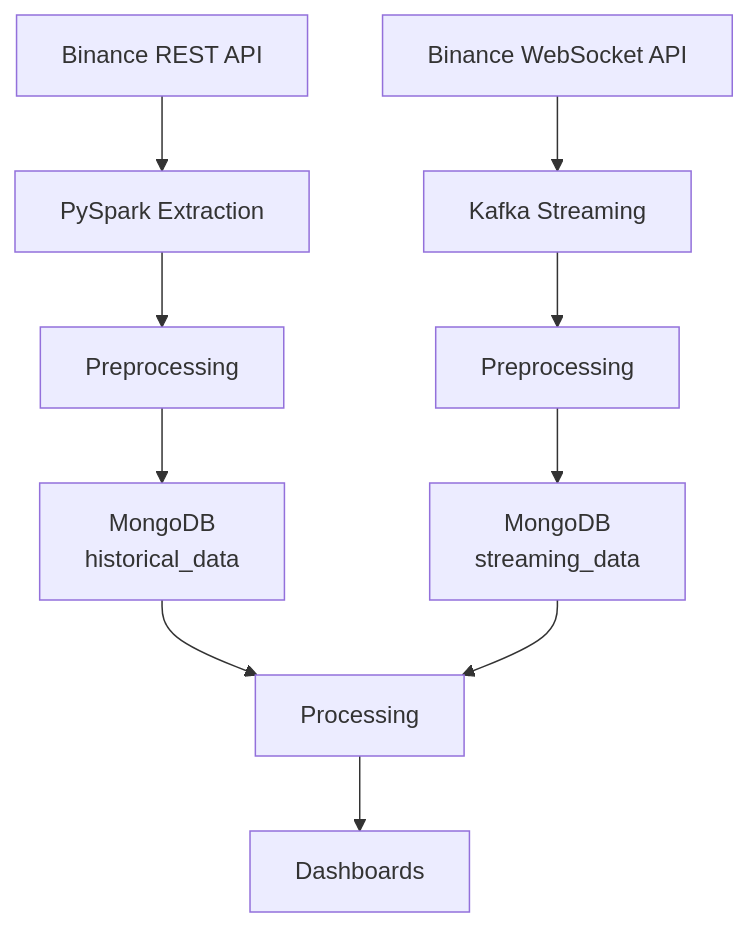
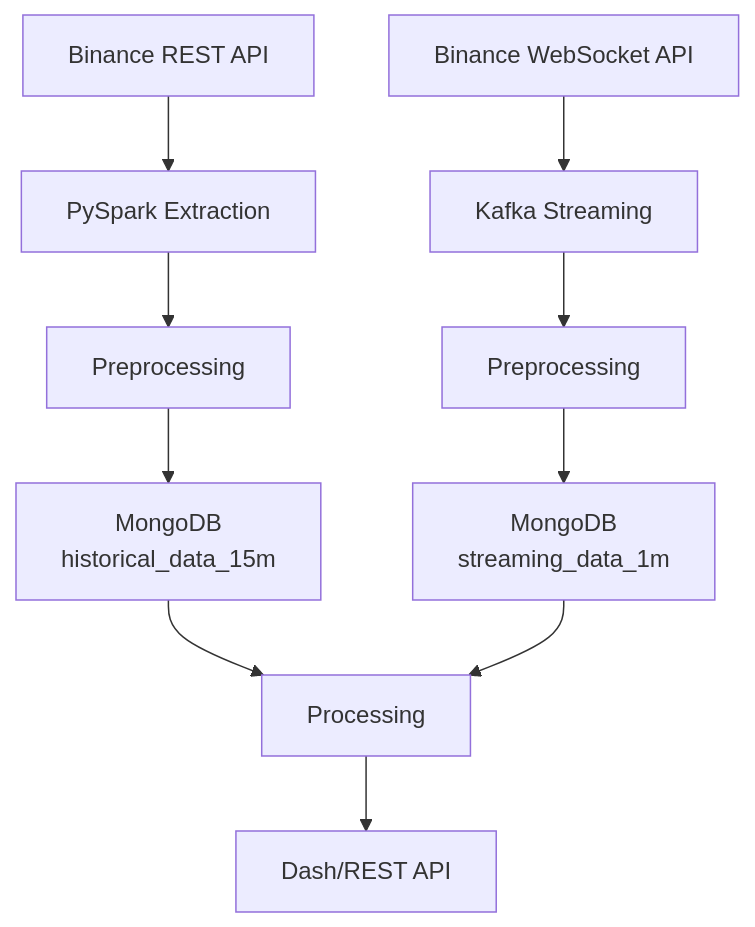
One commit to siobhan-doherty/crypto-bot changed the diagram in README.md. Above: the diagram before and after it, drawn with Mermaid. The commit also changed other lines of this file and 3 other files, not shown here.

````diff
--- a/README.md
+++ b/README.md
@@ -68,12 +101,12 @@
 ```mermaid
 flowchart TD
     A[Binance REST API] --> B[PySpark Extraction]
     B --> C[Preprocessing]
-    C --> D[MongoDB<br>historical_data]
+    C --> D[MongoDB<br>historical_data_15m]
     E[Binance WebSocket API] --> F[Kafka Streaming]
     F --> G[Preprocessing]
-    G --> H[MongoDB<br>streaming_data]
+    G --> H[MongoDB<br>streaming_data_1m]
     D --> I[Processing]
     H --> I
-    I --> J[Dashboards]
+    I --> J[Dash/REST API]
 ```
````
